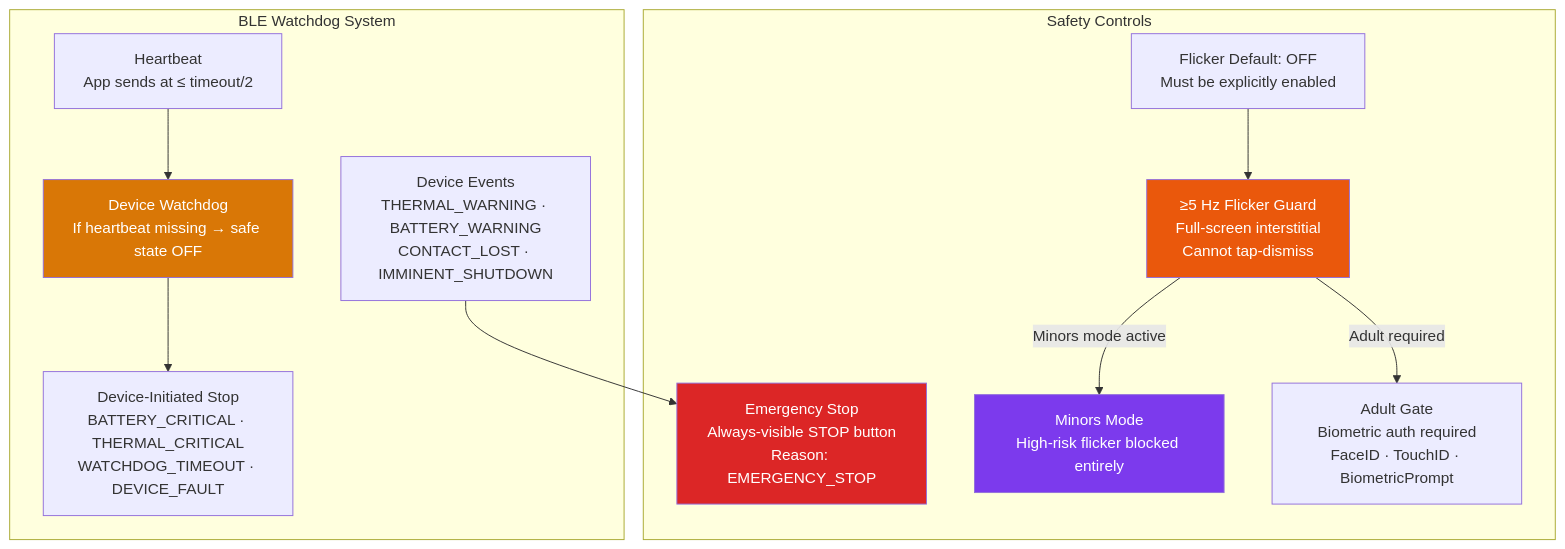
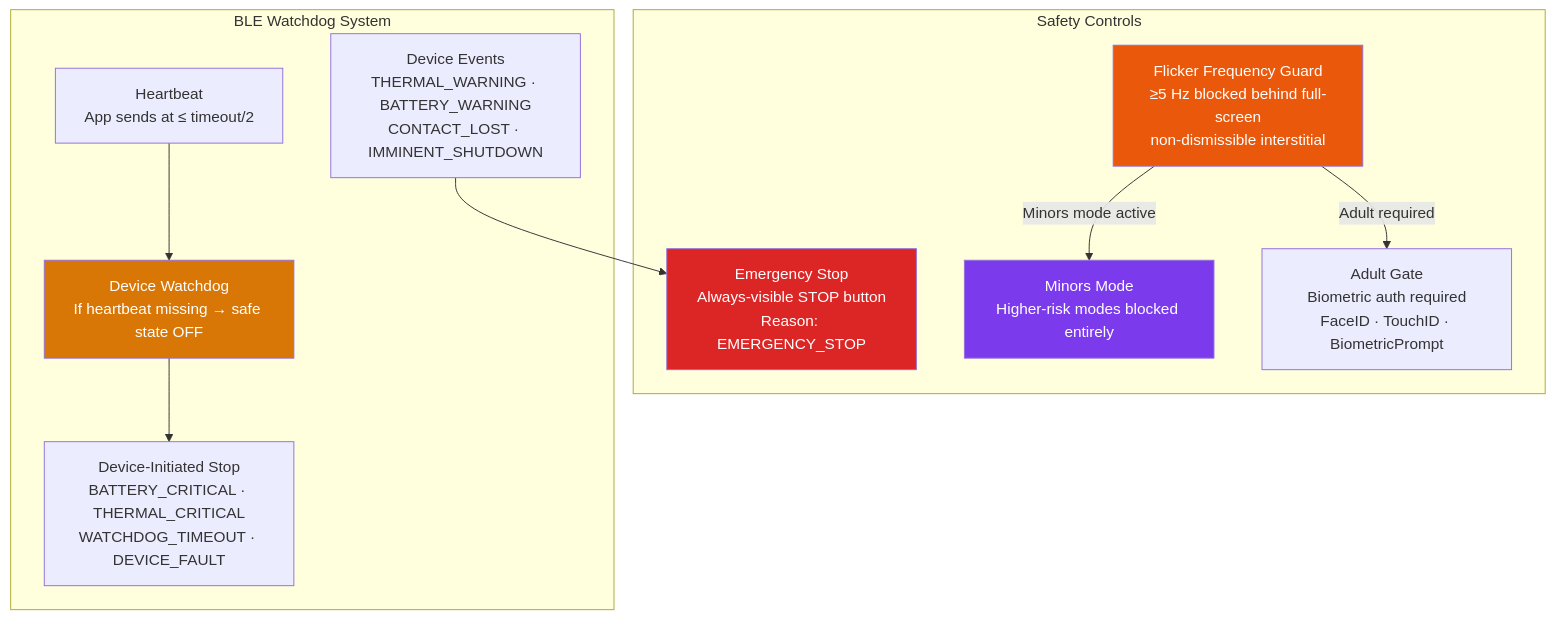
The second of 2 diagrams in LightRoutines/README.md (MILTONADINA/Private-Projects-Portfolio-Showcase), drawn with Mermaid before and after one commit. The commit also changed other lines of this file and 2 other files, not shown here.

````diff
--- a/LightRoutines/README.md
+++ b/LightRoutines/README.md
@@ -164,30 +142,28 @@
 ```mermaid
 graph TB
     subgraph SafetyControls["Safety Controls"]
-        FlickerDefault["Flicker Default: OFF<br/>Must be explicitly enabled"]
-        FlickerGuard["≥5 Hz Flicker Guard<br/>Full-screen interstitial<br/>Cannot tap-dismiss"]
-        MinorsMode["Minors Mode<br/>High-risk flicker blocked entirely"]
+        FlickerGuard["Flicker Frequency Guard<br/>≥5 Hz blocked behind full-screen<br/>non-dismissible interstitial"]
+        MinorsMode["Minors Mode<br/>Higher-risk modes blocked entirely"]
         AdultGate["Adult Gate<br/>Biometric auth required<br/>FaceID · TouchID · BiometricPrompt"]
         EStop["Emergency Stop<br/>Always-visible STOP button<br/>Reason: EMERGENCY_STOP"]
     end
 
     subgraph Watchdog["BLE Watchdog System"]
         Heartbeat["Heartbeat<br/>App sends at ≤ timeout/2"]
         DeviceWatchdog["Device Watchdog<br/>If heartbeat missing → safe state OFF"]
         DeviceEvents["Device Events<br/>THERMAL_WARNING · BATTERY_WARNING<br/>CONTACT_LOST · IMMINENT_SHUTDOWN"]
         DeviceStop["Device-Initiated Stop<br/>BATTERY_CRITICAL · THERMAL_CRITICAL<br/>WATCHDOG_TIMEOUT · DEVICE_FAULT"]
     end
 
-    FlickerDefault --> FlickerGuard
     FlickerGuard -->|"Minors mode active"| MinorsMode
     FlickerGuard -->|"Adult required"| AdultGate
 
     Heartbeat --> DeviceWatchdog
     DeviceWatchdog --> DeviceStop
     DeviceEvents --> EStop
 
     style EStop fill:#dc2626,color:#fff
     style FlickerGuard fill:#ea580c,color:#fff
     style DeviceWatchdog fill:#d97706,color:#fff
     style MinorsMode fill:#7c3aed,color:#fff
 ```
````
